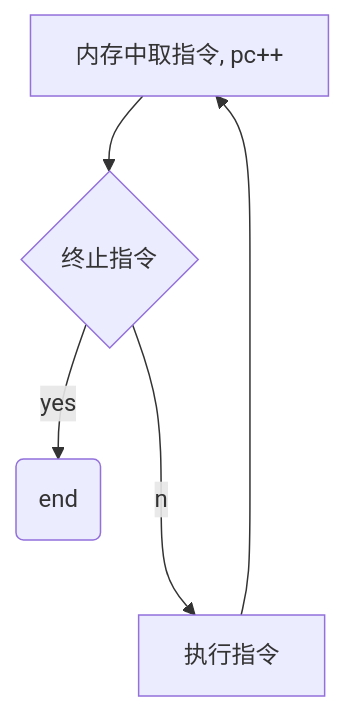
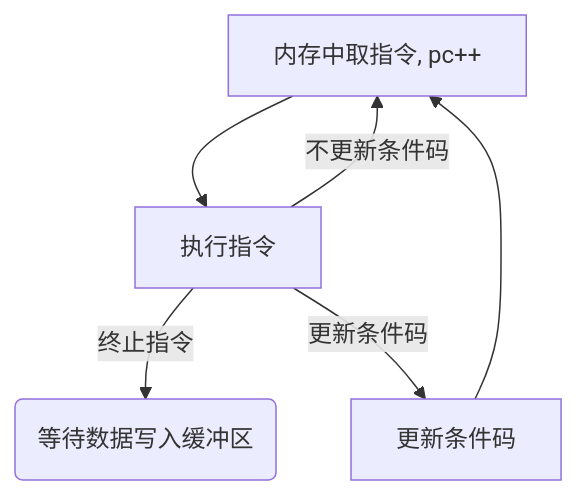
The second of 2 diagrams in 数字电路实验/labS/labS.md (liuly0322/USTC-CS-COURSE-HW), drawn with Mermaid before and after one commit. The commit also changed other lines of this file and 17 other files, not shown here.

````diff
--- a/数字电路实验/labS/labS.md
+++ b/数字电路实验/labS/labS.md
@@ -121,6 +246,7 @@
 ```mermaid
 graph TD
-s0[内存中取指令, pc++]-->y1{终止指令}
-y1--no-->ex[执行指令]-->s0
-y1--yes-->e(end)
+s0[内存中取指令, pc++]-->ex
+ex--终止指令-->out(等待数据写入缓冲区)
+ex[执行指令]--不更新条件码-->s0
+ex--更新条件码-->更新条件码-->s0
 ```
````
